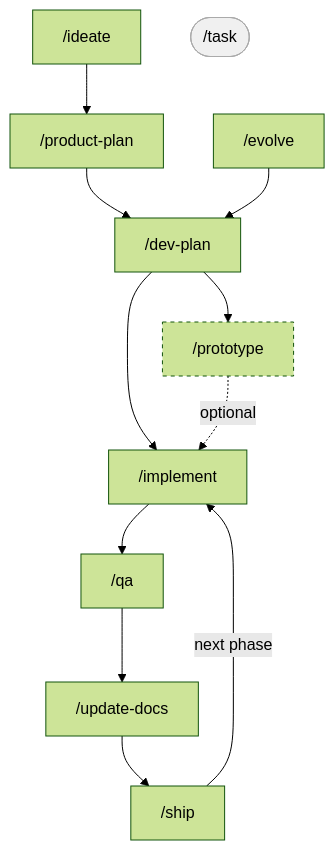
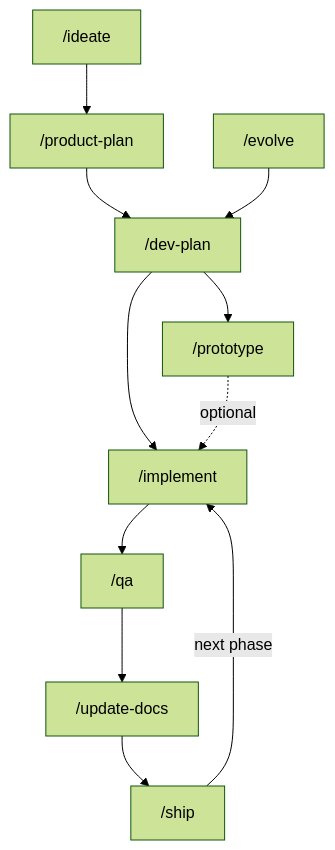
One commit to RubenGlez/rubstack changed the diagram in README.md. Above: the diagram before and after it, drawn with Mermaid (forest theme). The commit also changed other lines of this file and 3 other files, not shown here.

````diff
--- a/README.md
+++ b/README.md
@@ -56,15 +17,10 @@
 ```mermaid
 flowchart TD
     ideate["/ideate"] --> productPlan["/product-plan"] --> devPlan["/dev-plan"]
     evolve["/evolve"] --> devPlan
     devPlan --> prototype["/prototype"]
     devPlan --> implement["/implement"]
     prototype -. optional .-> implement
     implement --> qa["/qa"] --> updateDocs["/update-docs"] --> ship["/ship"]
     ship -->|next phase| implement
-
-    task(["/task"])
-
-    style prototype stroke-dasharray:4 4
-    style task fill:#f0f0f0,stroke:#aaa
 ```
````
